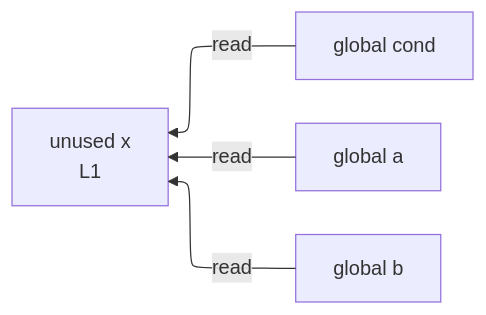
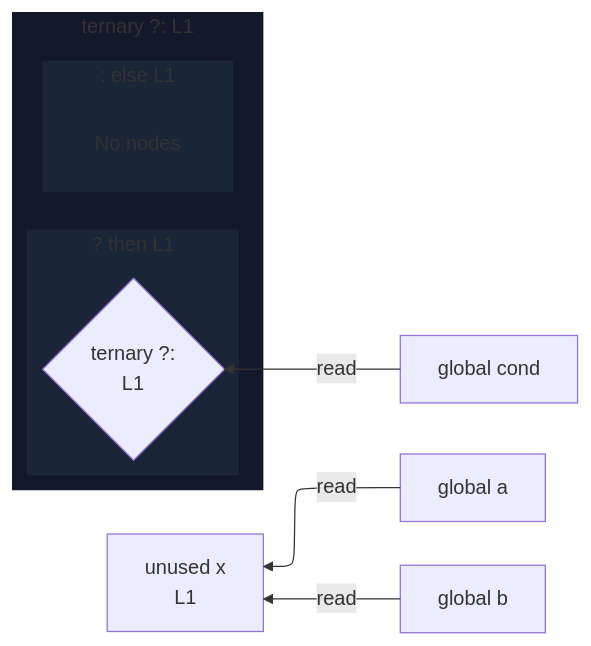
One commit to crescware/unsnarl changed the diagram in integration/fixtures/app-behavior/ast-type-coverage/conditional-expression/preview.md. Above: the diagram before and after it, drawn with Mermaid. The commit also changed 163 other files, not shown here.

````diff
--- a/integration/fixtures/app-behavior/ast-type-coverage/conditional-expression/preview.md
+++ b/integration/fixtures/app-behavior/ast-type-coverage/conditional-expression/preview.md
@@ -11,11 +11,29 @@
 ```mermaid
 %%{init: {"flowchart": {"defaultRenderer": "elk"}}}%%
 flowchart RL
   n_scope_0_x_6["unused x<br/>L1"]
   n_scope_0_cond_10["global cond"]
   n_scope_0_a_17["global a"]
   n_scope_0_b_21["global b"]
-  n_scope_0_cond_10 -->|read| n_scope_0_x_6
+  subgraph cont_ternary_scope_0_10["ternary ?: L1"]
+    direction RL
+    subgraph s_scope_1["? then L1"]
+      direction RL
+      ternary_test_scope_0_10{"ternary ?:<br/>L1"}
+    end
+    subgraph s_scope_2[": else L1"]
+      direction RL
+      elk_empty_s_scope_2["No nodes"]
+    end
+  end
+  n_scope_0_cond_10 -->|read| ternary_test_scope_0_10
   n_scope_0_a_17 -->|read| n_scope_0_x_6
   n_scope_0_b_21 -->|read| n_scope_0_x_6
+  classDef nestL1 fill:#11192a,stroke:transparent;
+  class cont_ternary_scope_0_10 nestL1;
+  classDef nestL2 fill:#1a2538,stroke:transparent;
+  class s_scope_1 nestL2;
+  class s_scope_2 nestL2;
+  classDef elkEmptyPlaceholder fill:transparent,stroke:transparent;
+  class elk_empty_s_scope_2 elkEmptyPlaceholder;
 ```
````
